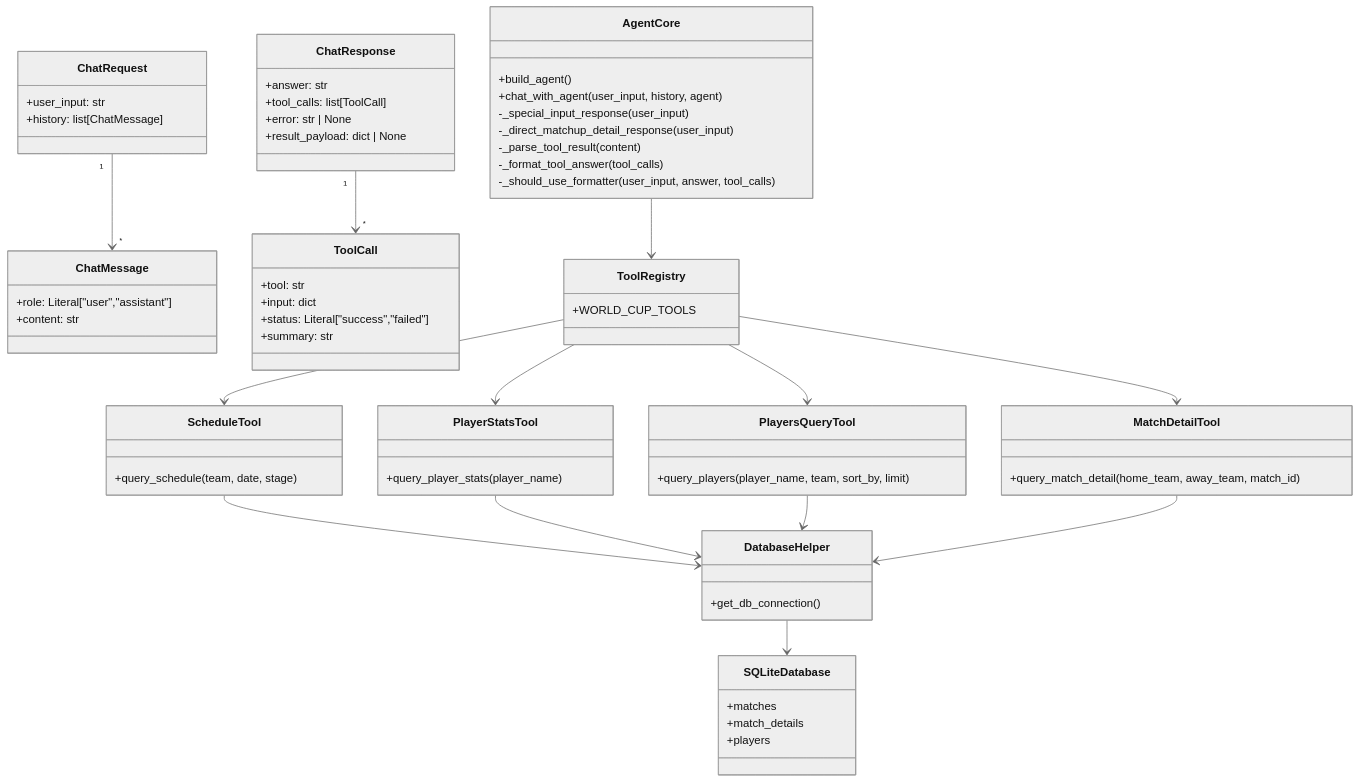
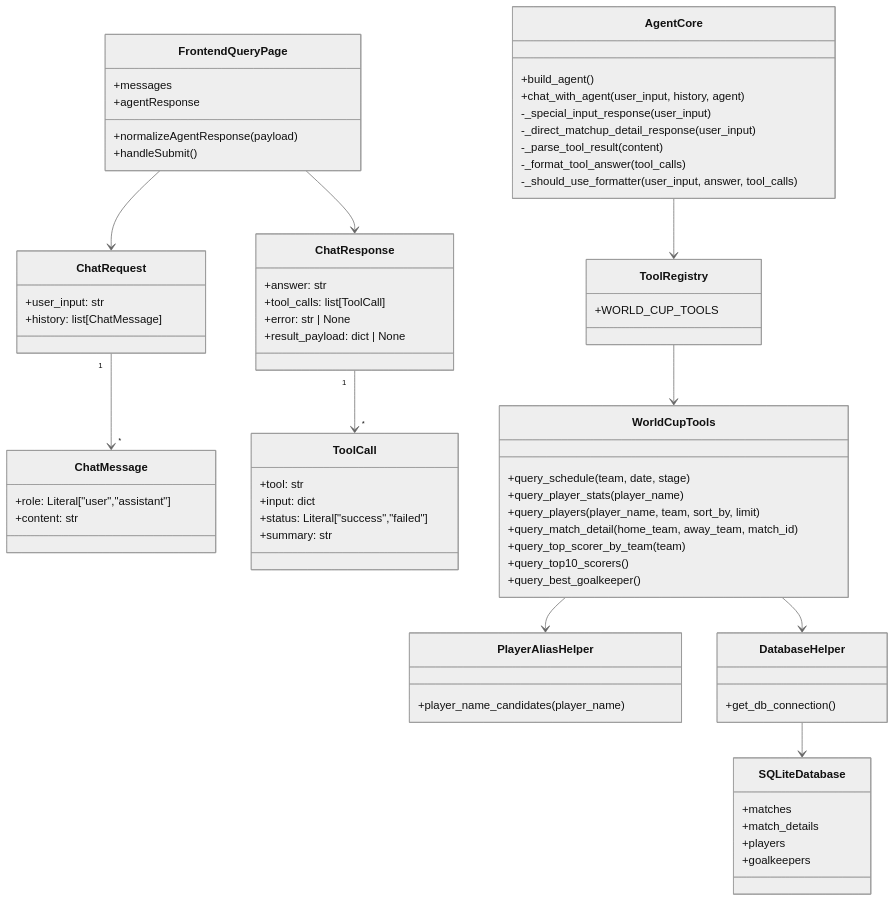
One commit to OllyPai/WorldCupAgent changed the ninth of 11 diagrams in docs/system-design.md. Above: the diagram before and after it, drawn with Mermaid (neutral theme). The commit also changed other lines of this file and 1 other file, not shown here.

````diff
--- a/docs/system-design.md
+++ b/docs/system-design.md
@@ -383,79 +410,82 @@
 ```mermaid
 classDiagram
     class ChatMessage {
         +role: Literal["user","assistant"]
         +content: str
     }
 
     class ChatRequest {
         +user_input: str
         +history: list[ChatMessage]
     }
 
     class ToolCall {
         +tool: str
         +input: dict
         +status: Literal["success","failed"]
         +summary: str
     }
 
     class ChatResponse {
         +answer: str
         +tool_calls: list[ToolCall]
         +error: str | None
         +result_payload: dict | None
     }
 
     class AgentCore {
         +build_agent()
         +chat_with_agent(user_input, history, agent)
         -_special_input_response(user_input)
         -_direct_matchup_detail_response(user_input)
         -_parse_tool_result(content)
         -_format_tool_answer(tool_calls)
         -_should_use_formatter(user_input, answer, tool_calls)
     }
 
     class ToolRegistry {
         +WORLD_CUP_TOOLS
     }
 
-    class ScheduleTool {
+    class WorldCupTools {
         +query_schedule(team, date, stage)
+        +query_player_stats(player_name)
+        +query_players(player_name, team, sort_by, limit)
+        +query_match_detail(home_team, away_team, match_id)
+        +query_top_scorer_by_team(team)
+        +query_top10_scorers()
+        +query_best_goalkeeper()
     }
 
-    class PlayerStatsTool {
-        +query_player_stats(player_name)
+    class FrontendQueryPage {
+        +normalizeAgentResponse(payload)
+        +handleSubmit()
+        +messages
+        +agentResponse
     }
 
-    class PlayersQueryTool {
-        +query_players(player_name, team, sort_by, limit)
-    }
-
-    class MatchDetailTool {
-        +query_match_detail(home_team, away_team, match_id)
+    class PlayerAliasHelper {
+        +player_name_candidates(player_name)
     }
 
     class DatabaseHelper {
         +get_db_connection()
     }
 
     class SQLiteDatabase {
         +matches
         +match_details
         +players
+        +goalkeepers
     }
 
     ChatRequest "1" --> "*" ChatMessage
     ChatResponse "1" --> "*" ToolCall
+    FrontendQueryPage --> ChatRequest
+    FrontendQueryPage --> ChatResponse
     AgentCore --> ToolRegistry
-    ToolRegistry --> ScheduleTool
-    ToolRegistry --> PlayerStatsTool
-    ToolRegistry --> PlayersQueryTool
-    ToolRegistry --> MatchDetailTool
-    ScheduleTool --> DatabaseHelper
-    PlayerStatsTool --> DatabaseHelper
-    PlayersQueryTool --> DatabaseHelper
-    MatchDetailTool --> DatabaseHelper
+    ToolRegistry --> WorldCupTools
+    WorldCupTools --> DatabaseHelper
+    WorldCupTools --> PlayerAliasHelper
     DatabaseHelper --> SQLiteDatabase
 ```
````
